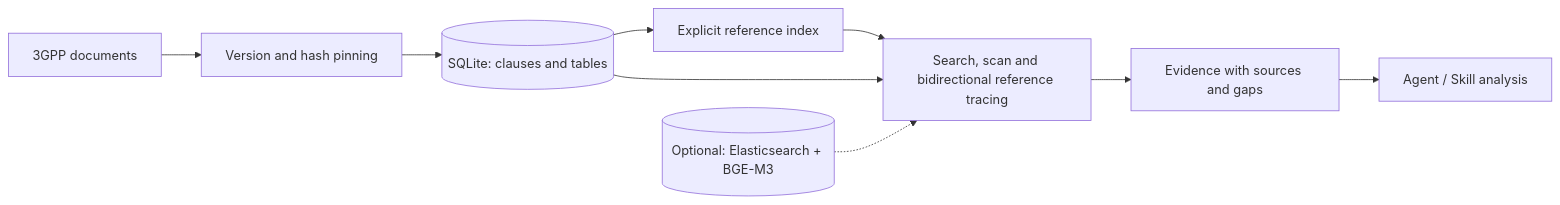
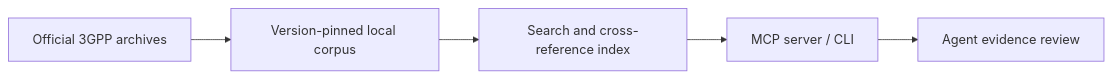
Before and after one commit to ki225/3gpp-spec-retriever: the diagram in README.md, drawn with Mermaid. The commit also changed other lines of this file and 2 other files, not shown here.

````diff
--- a/README.md
+++ b/README.md
@@ -13,11 +7,7 @@
 ```mermaid
 flowchart LR
-    DOC["3GPP documents"] --> PIN["Version and hash pinning"]
-    PIN --> STORE[("SQLite: clauses and tables")]
-    STORE --> LINKS["Explicit reference index"]
-    LINKS --> RETRIEVE["Search, scan and bidirectional reference tracing"]
-    STORE --> RETRIEVE
-    VECTOR[("Optional: Elasticsearch + BGE-M3")] -.-> RETRIEVE
-    RETRIEVE --> EVIDENCE["Evidence with sources and gaps"]
-    EVIDENCE --> AGENT["Agent / Skill analysis"]
+    A["Official 3GPP archives"] --> B["Version-pinned local corpus"]
+    B --> C["Search and cross-reference index"]
+    C --> D["MCP server / CLI"]
+    D --> E["Agent evidence review"]
 ```
````
